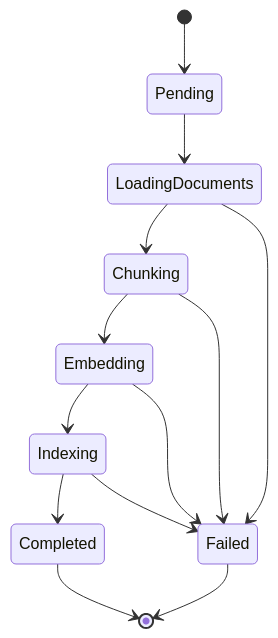
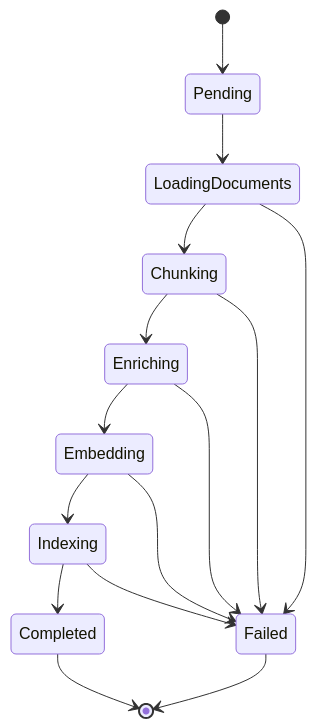
Before and after one commit to kehao-playground/azure-genai-backend-lab: the diagram in docs/state-models/rag-indexing-job-fsm.md, drawn with Mermaid. The commit also changed other lines of this file and 2 other files, not shown here.

Commit message:
docs: Day 11 review fixes (Hermes r01/r02)
- rag-overview + diagram: query embedding step (application-owned vectorization),
  pipeline timing scoped (offline triggers / online queries needing RAG)
- agentic retrieval lifecycle split: partial GA in 2026-04-01 REST API, LLM query
  planning et al. remain preview; 2-3s/8-15s figures rescoped to the
  application-level agentic RAG example
- retrieval bottleneck wording (upstream bottleneck, not frequency claim)
- fine-tuning: knowledge-vs-behavior as first diagnostic axis, domain
  specialization acknowledged
- no-answer feature file described as 501 placeholder, not observable behavior
- indexing FSM: Enriching state + failure edge added
- cost: billable Dedicated tiers (Basic+), Free $0 exception, Serverless preview
- rag-evaluators link 404 fixed; embeddings lineup scoped to third-gen + ada-002;
  separate endpoint/pricing wording; PNG provenance note (zh source canonical)

````diff
--- a/docs/state-models/rag-indexing-job-fsm.md
+++ b/docs/state-models/rag-indexing-job-fsm.md
@@ -3,15 +5,17 @@
 ```mermaid
 stateDiagram-v2
     [*] --> Pending
     Pending --> LoadingDocuments
     LoadingDocuments --> Chunking
-    Chunking --> Embedding
+    Chunking --> Enriching
+    Enriching --> Embedding
     Embedding --> Indexing
     Indexing --> Completed
     LoadingDocuments --> Failed
     Chunking --> Failed
+    Enriching --> Failed
     Embedding --> Failed
     Indexing --> Failed
     Completed --> [*]
     Failed --> [*]
 ```
````
